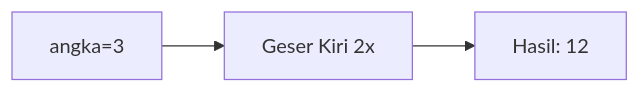
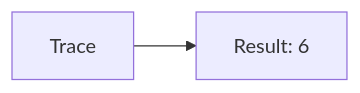
The fifth of 25 diagrams in part-c-pemahaman-cpp/06-bitwise/latihan/set-02.md (amnahwaida/OSNK_INF_PREP), drawn with Mermaid before and after one commit. The commit also changed other lines of this file and 71 other files, not shown here.

````diff
--- a/part-c-pemahaman-cpp/06-bitwise/latihan/set-02.md
+++ b/part-c-pemahaman-cpp/06-bitwise/latihan/set-02.md
@@ -129,5 +106,4 @@
 ```mermaid
 graph LR
-A["angka=3"] --> B["Geser Kiri 2x"]
-B --> C["Hasil: 12"]
+A[Trace] --> B[Result: 6]
 ```
````
